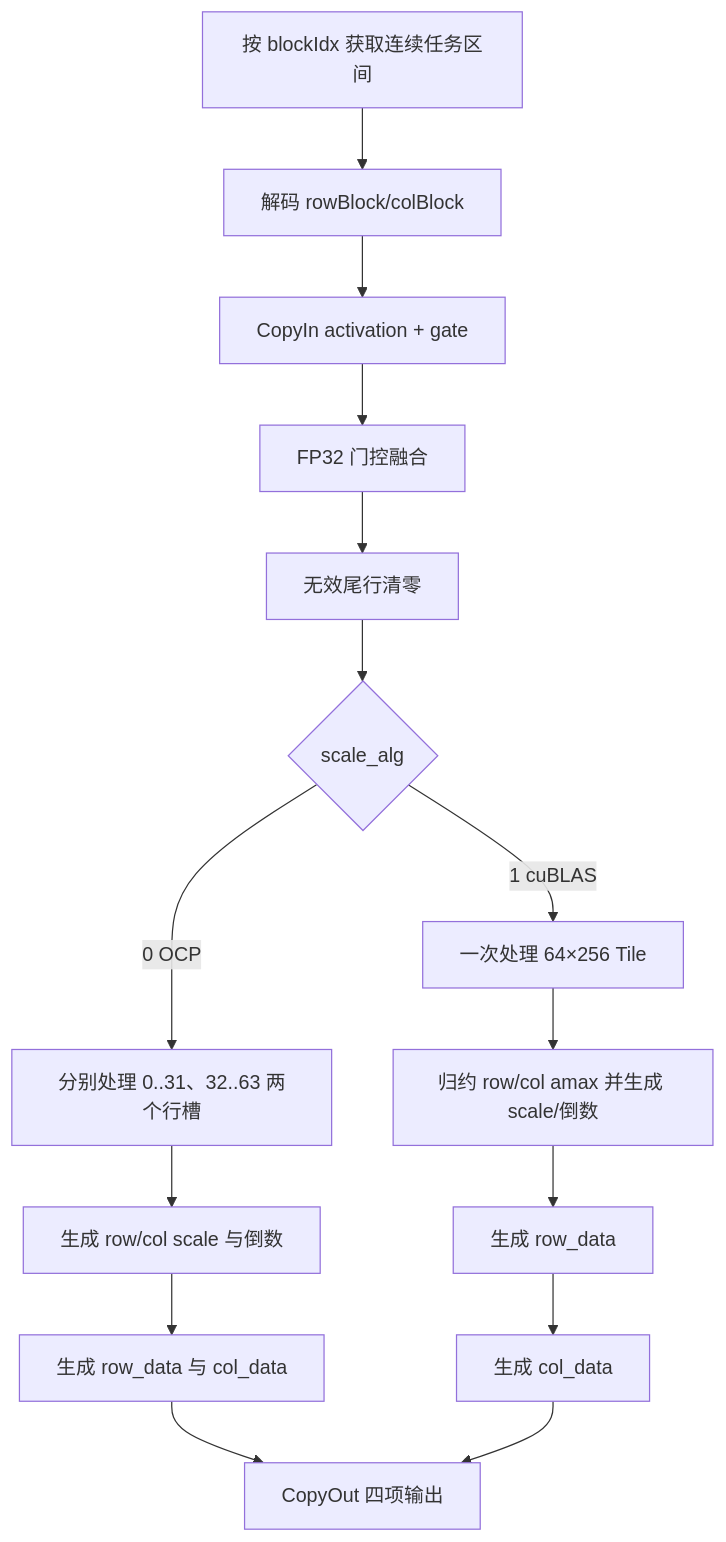
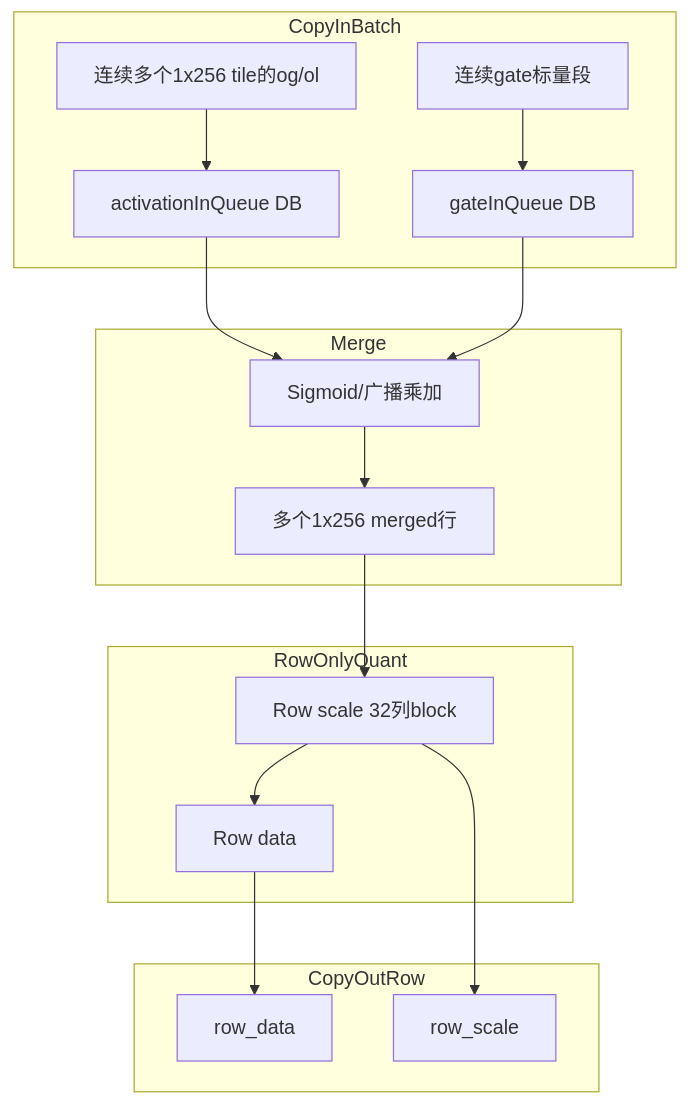
One commit to ChunnX/ops-transformer changed the seventh of 10 diagrams in attention/cla_gate_mx_quant_with_dual_axis/docs/ClaGateMxQuantWithDualAxis算子详细设计说明书.md. Above: the diagram before and after it, drawn with Mermaid. The commit also changed other lines of this file and 14 other files, not shown here.

````diff
--- a/attention/cla_gate_mx_quant_with_dual_axis/docs/ClaGateMxQuantWithDualAxis算子详细设计说明书.md
+++ b/attention/cla_gate_mx_quant_with_dual_axis/docs/ClaGateMxQuantWithDualAxis算子详细设计说明书.md
@@ -485,17 +646,20 @@
 ```mermaid
 flowchart TD
-    A[按 blockIdx 获取连续任务区间] --> B[解码 rowBlock/colBlock]
-    B --> C[CopyIn activation + gate]
-    C --> D[FP32 门控融合]
-    D --> E[无效尾行清零]
-    E --> F{scale_alg}
-    F -->|0 OCP| G[分别处理 0..31、32..63 两个行槽]
-    G --> H[生成 row/col scale 与倒数]
-    H --> I[生成 row_data 与 col_data]
-    F -->|1 cuBLAS| J[一次处理 64×256 Tile]
-    J --> K[归约 row/col amax 并生成 scale/倒数]
-    K --> L[生成 row_data]
-    L --> M[生成 col_data]
-    I --> N[CopyOut 四项输出]
-    M --> N
+    subgraph CopyInBatch
+        A[连续多个1x256 tile的og/ol] --> AQ[activationInQueue DB]
+        B[连续gate标量段] --> BQ[gateInQueue DB]
+    end
+    subgraph Merge
+        AQ --> SG[Sigmoid/广播乘加]
+        BQ --> SG
+        SG --> MERGED[多个1x256 merged行]
+    end
+    subgraph RowOnlyQuant
+        MERGED --> RS[Row scale 32列block]
+        RS --> RD[Row data]
+    end
+    subgraph CopyOutRow
+        RD --> GM1[row_data]
+        RS --> GM2[row_scale]
+    end
 ```
````
